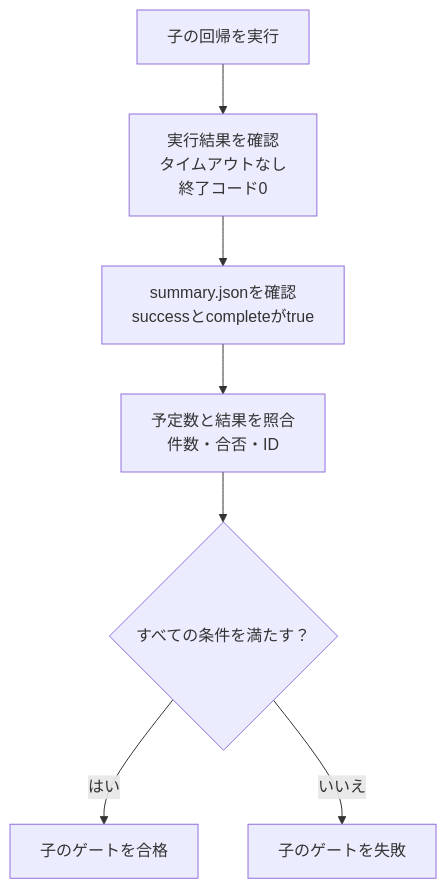
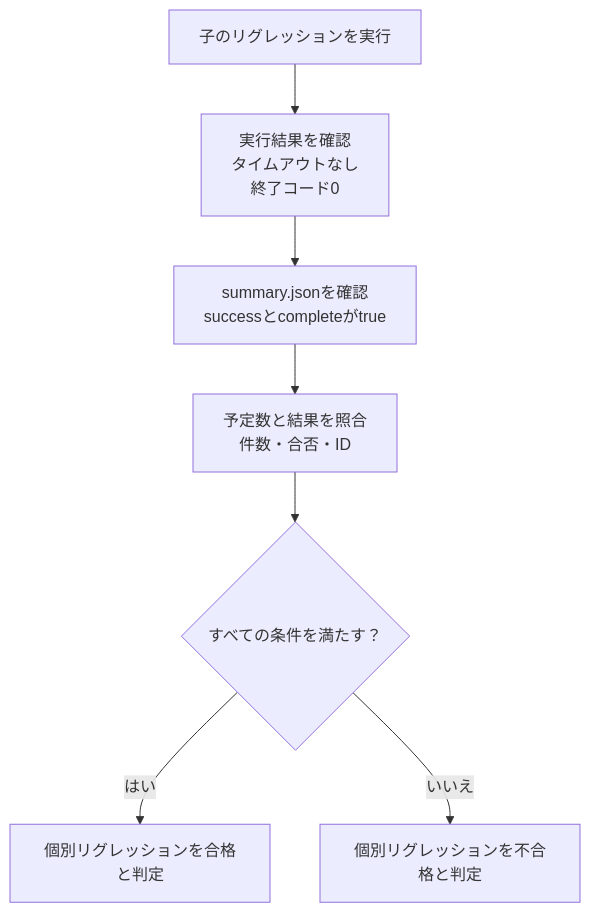
Before and after one commit to kurochan001/lsi-verification-method: the second of 2 diagrams in examples/local-extension-regression/README.md, drawn with Mermaid. The commit also changed other lines of this file and 91 other files, not shown here.

````diff
--- a/examples/local-extension-regression/README.md
+++ b/examples/local-extension-regression/README.md
@@ -41,11 +41,11 @@
 ```mermaid
 flowchart TD
-  accTitle: 子回帰の完了と結果を照合する集約判定
+  accTitle: 子リグレッションの完了と結果を照合する集約判定
   accDescr: 実行結果・集計記録・件数と形式の条件をすべて満たした子だけを合格にする。
-  S["子の回帰を実行"] --> X["実行結果を確認<br/>タイムアウトなし<br/>終了コード0"]
+  S["子のリグレッションを実行"] --> X["実行結果を確認<br/>タイムアウトなし<br/>終了コード0"]
   X --> J["summary.jsonを確認<br/>successとcompleteがtrue"]
   J --> N["予定数と結果を照合<br/>件数・合否・ID"]
   N --> C{"すべての条件を満たす？"}
-  C -->|はい| P["子のゲートを合格"]
-  C -->|いいえ| F["子のゲートを失敗"]
+  C -->|はい| P["個別リグレッションを合格と判定"]
+  C -->|いいえ| F["個別リグレッションを不合格と判定"]
 ```
````
